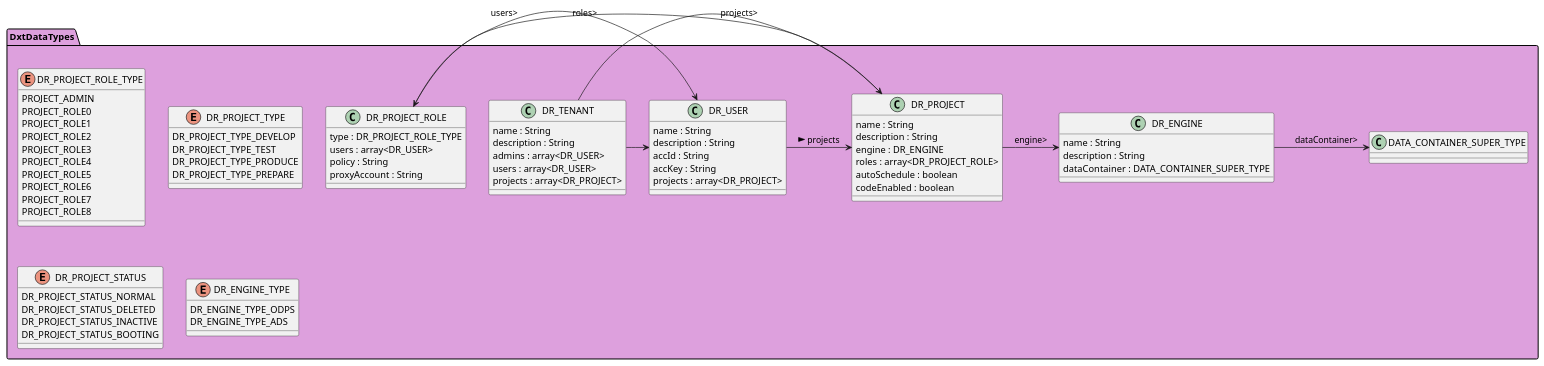
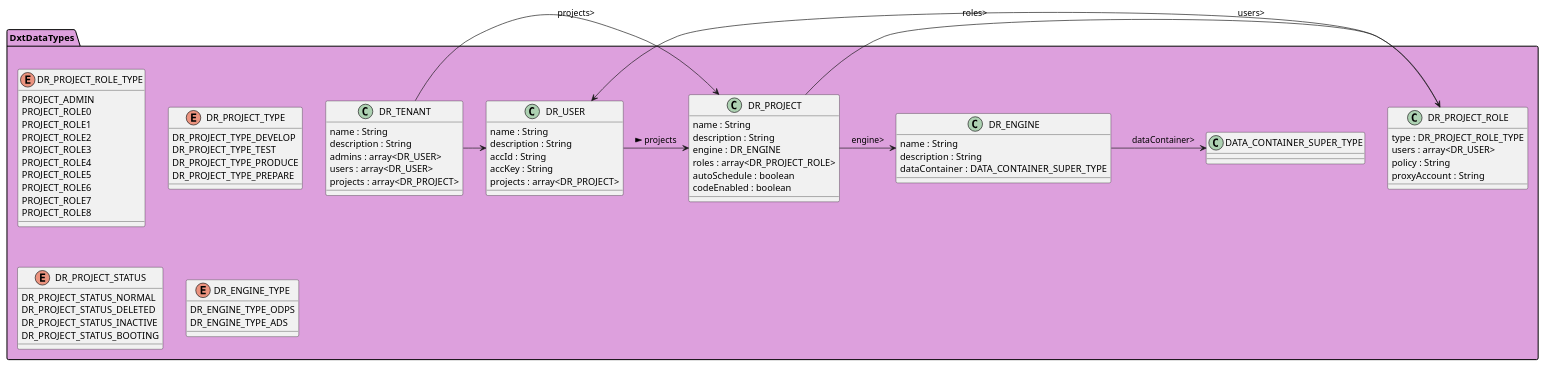
Before and after one commit to qq85609655/datariver: the diagram in tenant/src/main/resources/uml/tenant.puml, drawn with PlantUML. The commit also changed 13 other files, not shown here.

```diff
--- a/tenant/src/main/resources/uml/tenant.puml
+++ b/tenant/src/main/resources/uml/tenant.puml
@@ -1,80 +1,79 @@
 @startuml
 package DxtDataTypes #Plum{
 
     enum DR_PROJECT_ROLE_TYPE{
         PROJECT_ADMIN
         PROJECT_ROLE0
         PROJECT_ROLE1
         PROJECT_ROLE2
         PROJECT_ROLE3
         PROJECT_ROLE4
         PROJECT_ROLE5
         PROJECT_ROLE6
         PROJECT_ROLE7
         PROJECT_ROLE8
     }
 
     enum DR_PROJECT_TYPE{
         DR_PROJECT_TYPE_DEVELOP
         DR_PROJECT_TYPE_TEST
         DR_PROJECT_TYPE_PRODUCE
         DR_PROJECT_TYPE_PREPARE
     }
 
     enum DR_PROJECT_STATUS{
         DR_PROJECT_STATUS_NORMAL
         DR_PROJECT_STATUS_DELETED
         DR_PROJECT_STATUS_INACTIVE
         DR_PROJECT_STATUS_BOOTING
     }
 
     enum DR_ENGINE_TYPE{
         DR_ENGINE_TYPE_ODPS
         DR_ENGINE_TYPE_ADS
     }
 
     class DR_TENANT {
         name : String
         description : String
         admins : array<DR_USER>
         users : array<DR_USER>
         projects : array<DR_PROJECT>
     }
     class DR_USER{
             name : String
             description : String
             accId : String
             accKey : String
             projects : array<DR_PROJECT>
         }
 
     class DR_PROJECT_ROLE{
             type : DR_PROJECT_ROLE_TYPE
             users : array<DR_USER>
             policy : String
             proxyAccount : String
     }
     class DR_PROJECT{
         name : String
         description : String
         engine : DR_ENGINE
         roles : array<DR_PROJECT_ROLE>
         autoSchedule : boolean
         codeEnabled : boolean
     }
 
     class DR_ENGINE{
         name : String
         description : String
         dataContainer : DATA_CONTAINER_SUPER_TYPE
     }
-
+    DR_USER -> DR_PROJECT : projects >
+    DR_PROJECT_ROLE -> DR_USER : users>
     DR_TENANT -> DR_USER
     DR_TENANT -> DR_PROJECT : projects>
     DR_PROJECT -> DR_ENGINE : engine>
+    DR_ENGINE -> DATA_CONTAINER_SUPER_TYPE :　dataContainer>
     DR_PROJECT -> DR_PROJECT_ROLE : roles>
-    DR_PROJECT_ROLE -> DR_USER : users>
-    DR_USER -> DR_PROJECT : projects >
-    DR_ENGINE -> DATA_CONTAINER_SUPER_TYPE :　dataContainer>
 }
 @enduml
```
